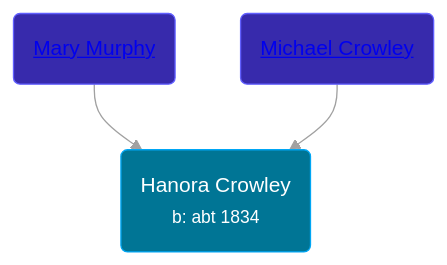
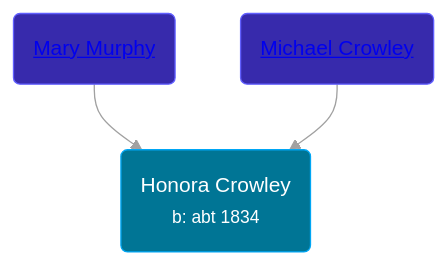
One commit to wpmgotkh/wpmgotkh.github.io changed the diagram in pages/people/7/72193795.md. Above: the diagram before and after it, drawn with Mermaid. The commit also changed other lines of this file and 257 other files, not shown here.

````diff
--- a/pages/people/7/72193795.md
+++ b/pages/people/7/72193795.md
@@ -11,10 +11,10 @@
 ```mermaid
 graph
 classDef grands fill:#193cb8,stroke:#2b7fff,stroke-width:1px,color:#fff;
 classDef parents fill:#372aac,stroke:#615fff,stroke-width:1px,color:#fff;
 classDef primary fill:#007595,stroke:#00a6f4,stroke-width:1px,color:#fff;
-72193795(Hanora Crowley<br /><small>b: abt 1834</small>):::primary
+72193795(Honora Crowley<br /><small>b: abt 1834</small>):::primary
 62618528(<a class="text-white" href="/people/6/62618528">Mary Murphy</a>):::parents-->72193795
 58336236(<a class="text-white" href="/people/5/58336236">Michael Crowley</a>):::parents-->72193795
 linkStyle default stroke:#a1a1a1
 ```
````
